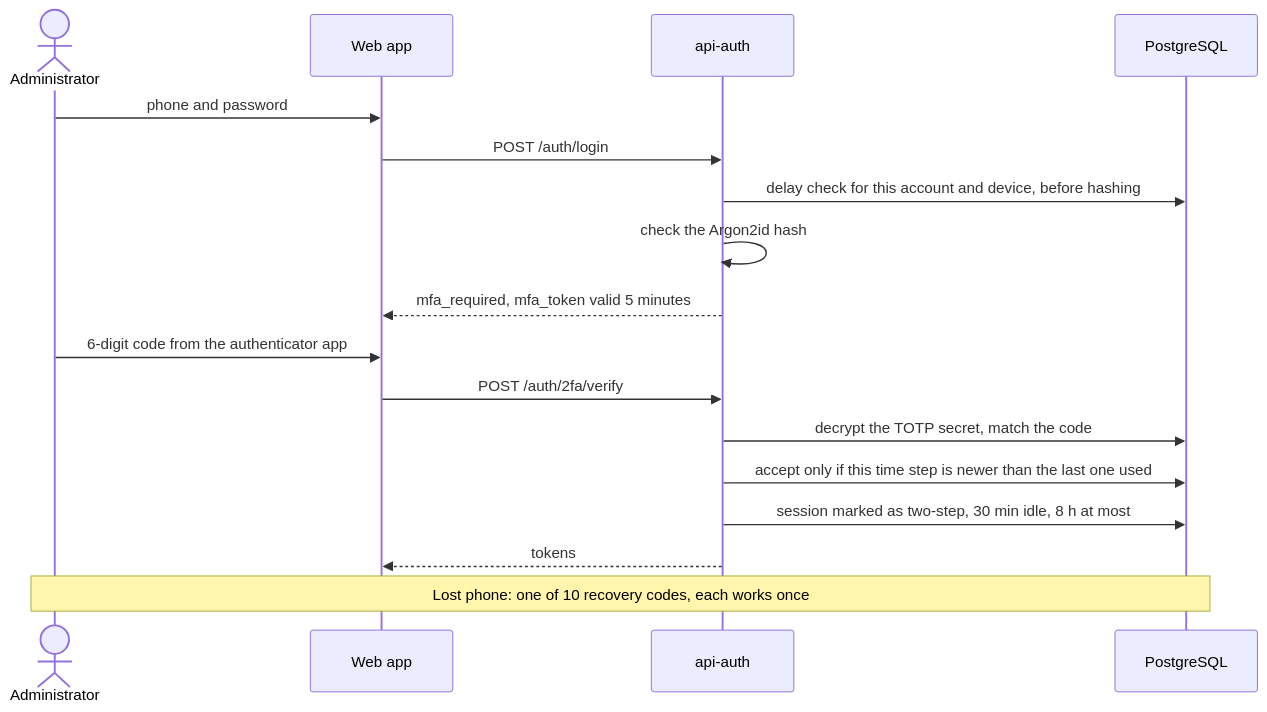
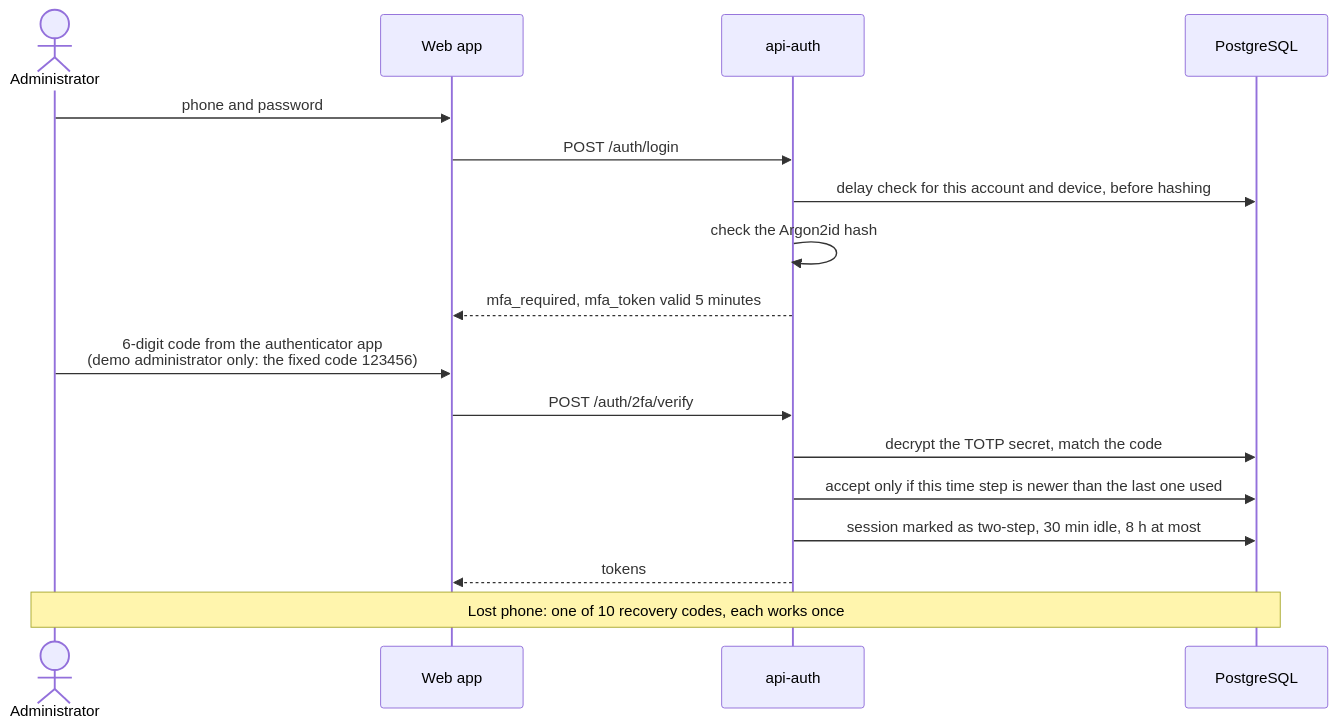
One commit to IshtiakSaad/GRS-Project changed the ninth of 23 diagrams in docs/diagrams.md. Above: the diagram before and after it, drawn with Mermaid. The commit also changed 8 other files, not shown here.

First line of the commit message:
feat(demo): the demo administrator's second step is 123456; no Mailpit in the README (#31)

````diff
--- a/docs/diagrams.md
+++ b/docs/diagrams.md
@@ -297,19 +297,19 @@
 ```mermaid
 sequenceDiagram
   actor Ad as Administrator
   participant W as Web app
   participant A as api-auth
   participant D as PostgreSQL
   Ad->>W: phone and password
   W->>A: POST /auth/login
   A->>D: delay check for this account and device, before hashing
   A->>A: check the Argon2id hash
   A-->>W: mfa_required, mfa_token valid 5 minutes
-  Ad->>W: 6-digit code from the authenticator app
+  Ad->>W: 6-digit code from the authenticator app<br/>(demo administrator only: the fixed code 123456)
   W->>A: POST /auth/2fa/verify
   A->>D: decrypt the TOTP secret, match the code
   A->>D: accept only if this time step is newer than the last one used
   A->>D: session marked as two-step, 30 min idle, 8 h at most
   A-->>W: tokens
   Note over Ad,D: Lost phone: one of 10 recovery codes, each works once
 ```
````
